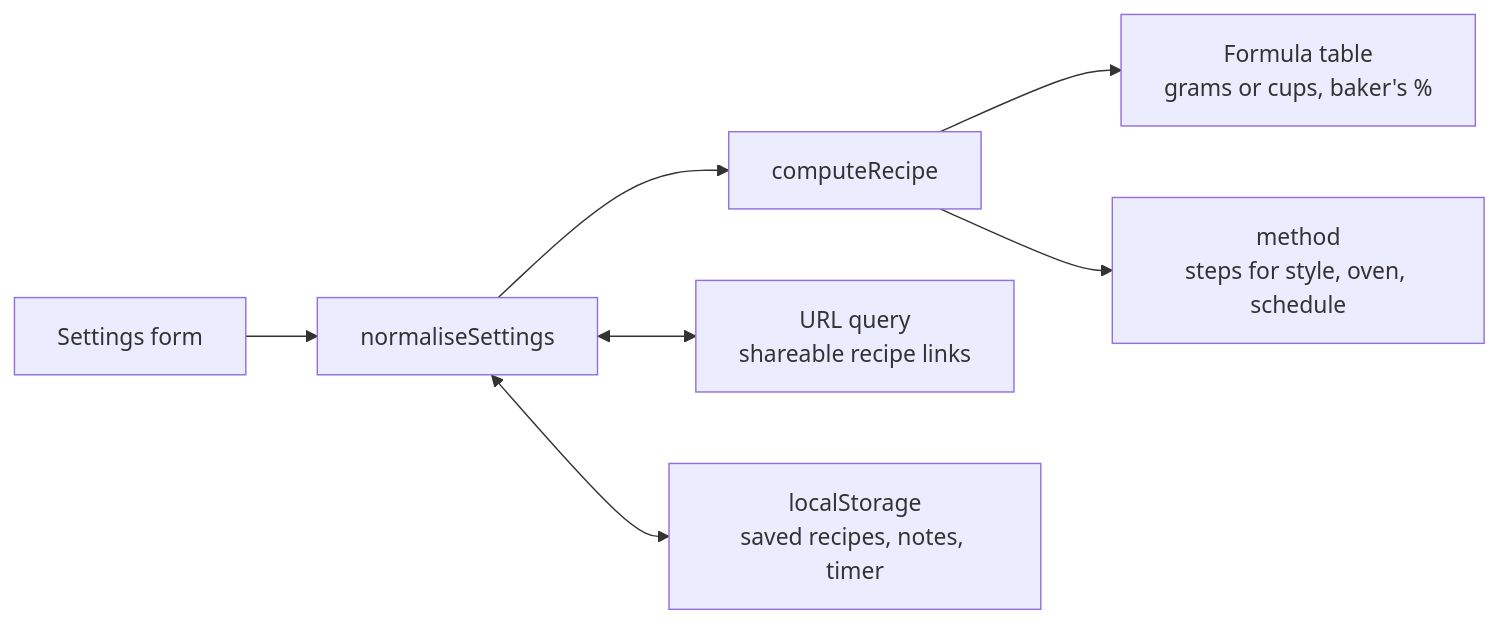
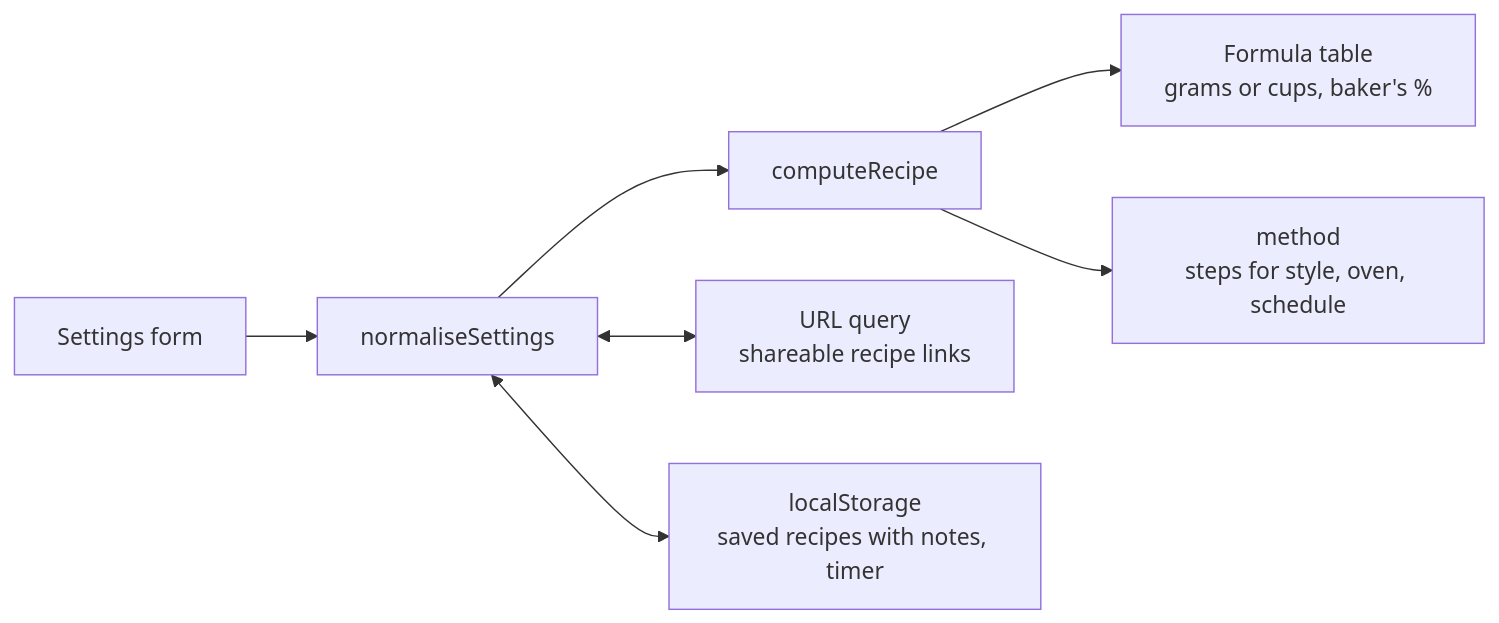
The diagram in README.md (Jfor12/pizza-dough-generator), drawn with Mermaid before and after one commit. The commit also changed other lines of this file and 6 other files, not shown here.

````diff
--- a/README.md
+++ b/README.md
@@ -11,9 +11,9 @@
 ```mermaid
 flowchart LR
     A[Settings form] --> B[normaliseSettings]
     B --> C[computeRecipe]
     C --> D[Formula table<br>grams or cups, baker's %]
     C --> E[method<br>steps for style, oven, schedule]
     B <--> F[URL query<br>shareable recipe links]
-    B <--> G[localStorage<br>saved recipes, notes, timer]
+    B <--> G[localStorage<br>saved recipes with notes, timer]
 ```
````
